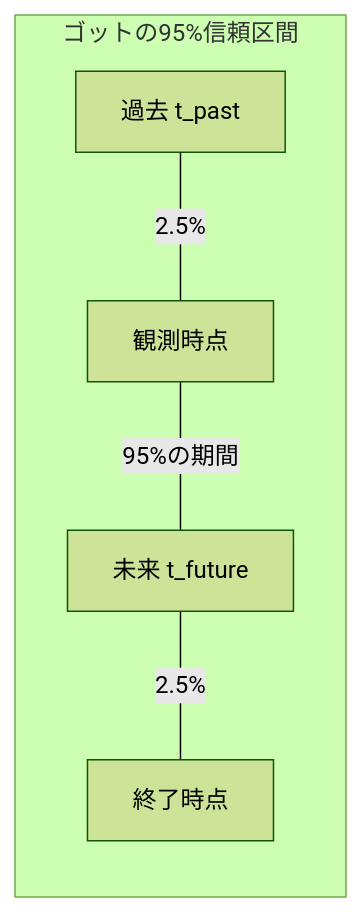
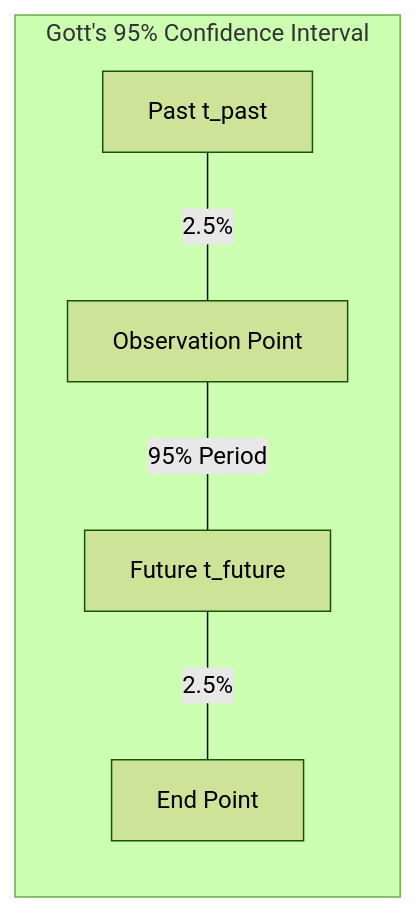
Before and after one commit to kenjinote/blog: the fourth of 5 diagrams in content/post/doomsday-argument/index.en.md, drawn with Mermaid (forest theme). The commit also changed other lines of this file and 28 other files, not shown here.

Commit message:
Translate Japanese text inside Mermaid diagrams to respective languages

````diff
--- a/content/post/doomsday-argument/index.en.md
+++ b/content/post/doomsday-argument/index.en.md
@@ -148,8 +148,8 @@
 ```mermaid
 graph LR
-    subgraph "ゴットの95%信頼区間"
-        A["過去 t_past"] ---|"2.5%"| B["観測時点"]
-        B ---|"95%の期間"| C["未来 t_future"]
-        C ---|"2.5%"| D["終了時点"]
+    subgraph "Gott's 95% Confidence Interval"
+        A["Past t_past"] ---|"2.5%"| B["Observation Point"]
+        B ---|"95% Period"| C["Future t_future"]
+        C ---|"2.5%"| D["End Point"]
     end
 ```
````
